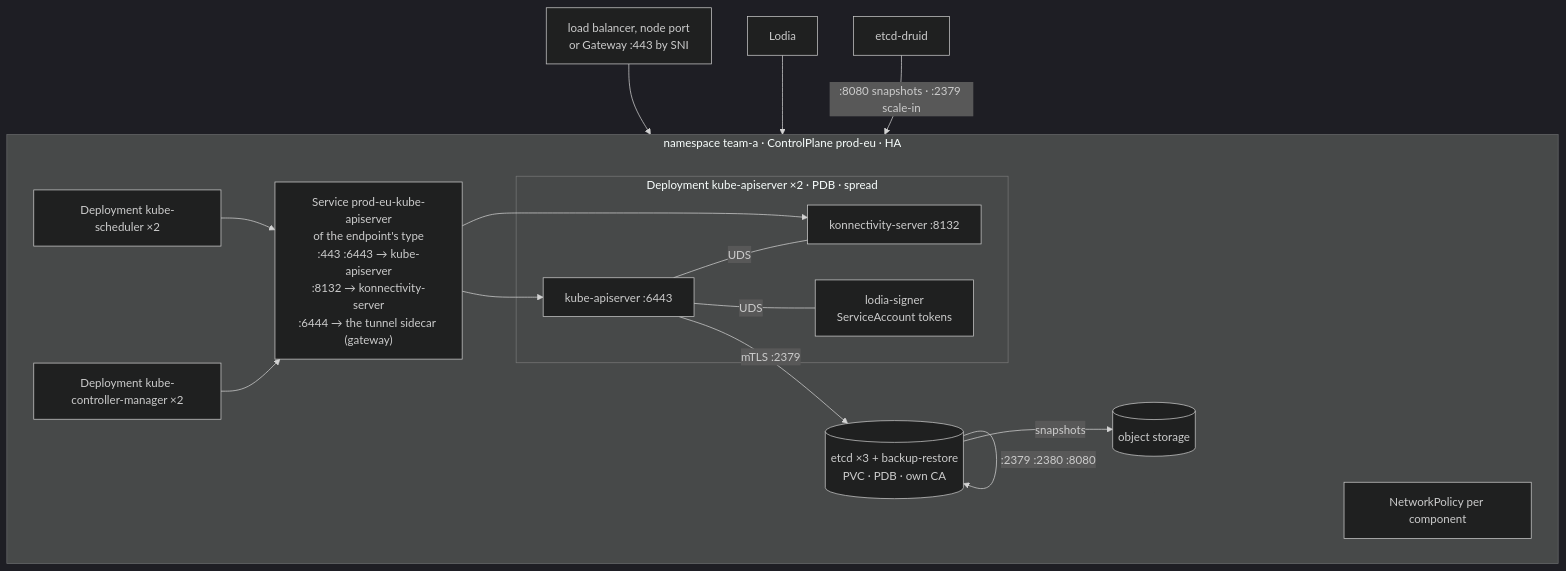
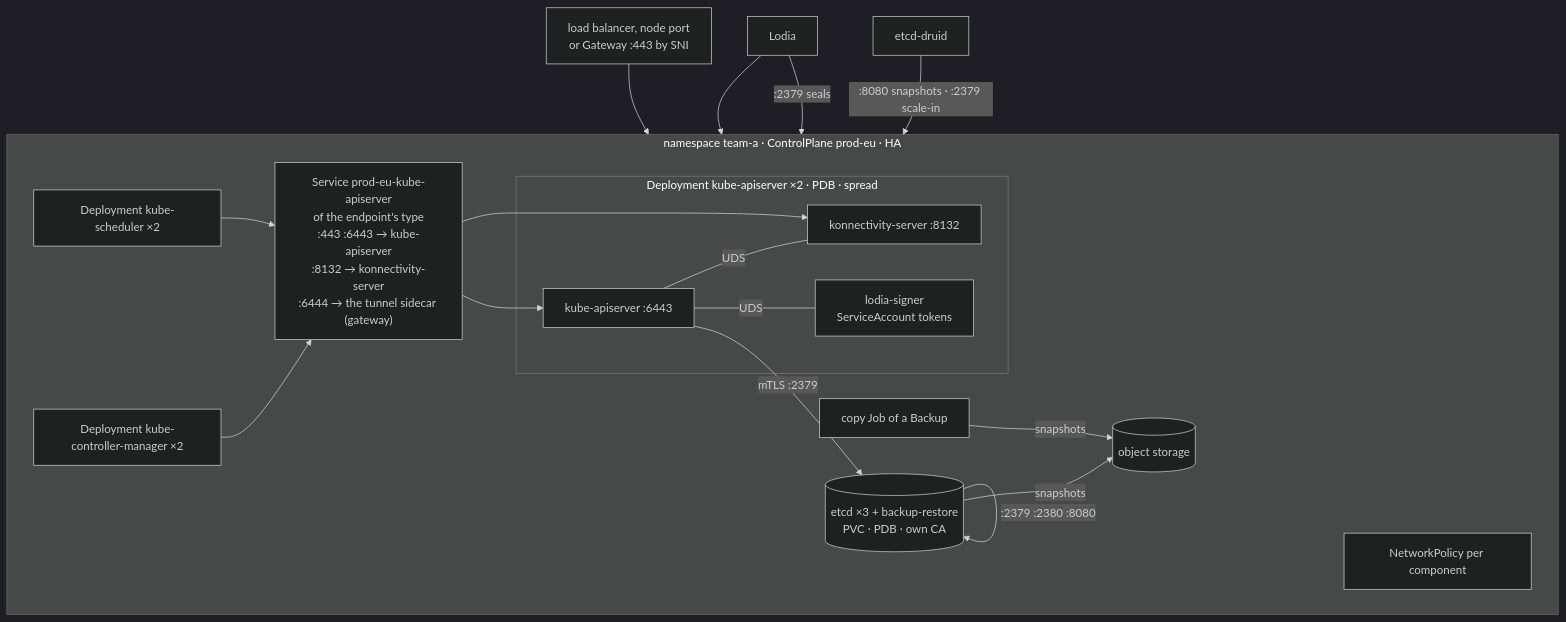
One commit to lodia-io/lodia changed the third of 7 diagrams in docs/README.md. Above: the diagram before and after it, drawn with Mermaid (dark theme). The commit also changed other lines of this file and 32 other files, not shown here.

First line of the commit message:
feat(datastore): seal and copy a Backup (#49)

````diff
--- a/docs/README.md
+++ b/docs/README.md
@@ -85,24 +85,26 @@
 ```mermaid
 flowchart TB
   subgraph ns["namespace team-a · ControlPlane prod-eu · HA"]
     direction LR
     subgraph kas["Deployment kube-apiserver ×2 · PDB · spread"]
       a["kube-apiserver :6443"] ---|UDS| k["konnectivity-server :8132"]
       a ---|UDS| sg["lodia-signer<br/>ServiceAccount tokens"]
     end
     kcm["Deployment kube-controller-manager ×2"]
     sch["Deployment kube-scheduler ×2"]
     etcd[("etcd ×3 + backup-restore<br/>PVC · PDB · own CA")]
     svc["Service prod-eu-kube-apiserver<br/>of the endpoint's type<br/>:443 :6443 → kube-apiserver<br/>:8132 → konnectivity-server<br/>:6444 → the tunnel sidecar (gateway)"]
     np["NetworkPolicy per component"]
     kcm --> svc --> a
     sch --> svc
     svc --> k
     a -->|mTLS :2379| etcd
     etcd -->|":2379 :2380 :8080"| etcd
     etcd -->|snapshots| s3[(object storage)]
+    cj["copy Job of a Backup"] -->|snapshots| s3
   end
   ep["load balancer, node port<br/>or Gateway :443 by SNI"] --> svc
   op["Lodia"] --> svc
+  op -->|":2379 seals"| etcd
   druid["etcd-druid"] -->|":8080 snapshots · :2379 scale-in"| etcd
 ```
````
